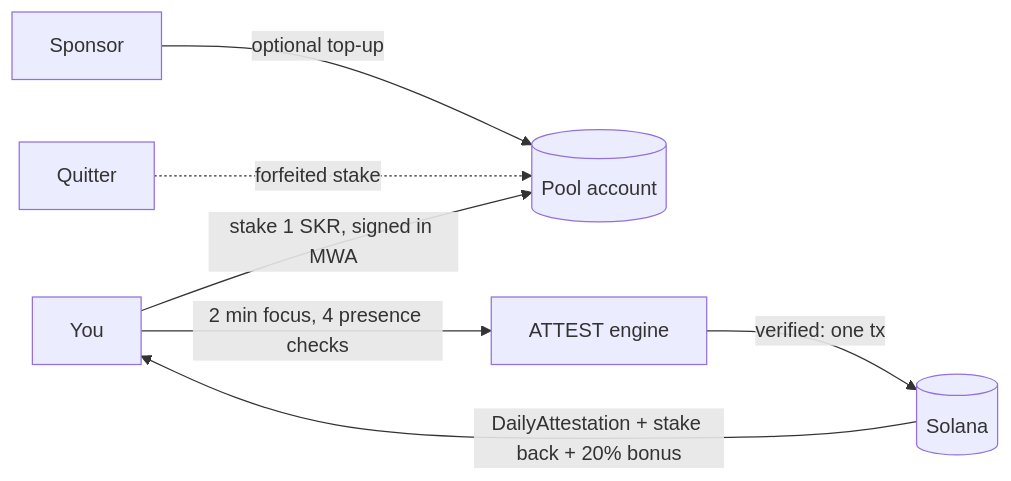
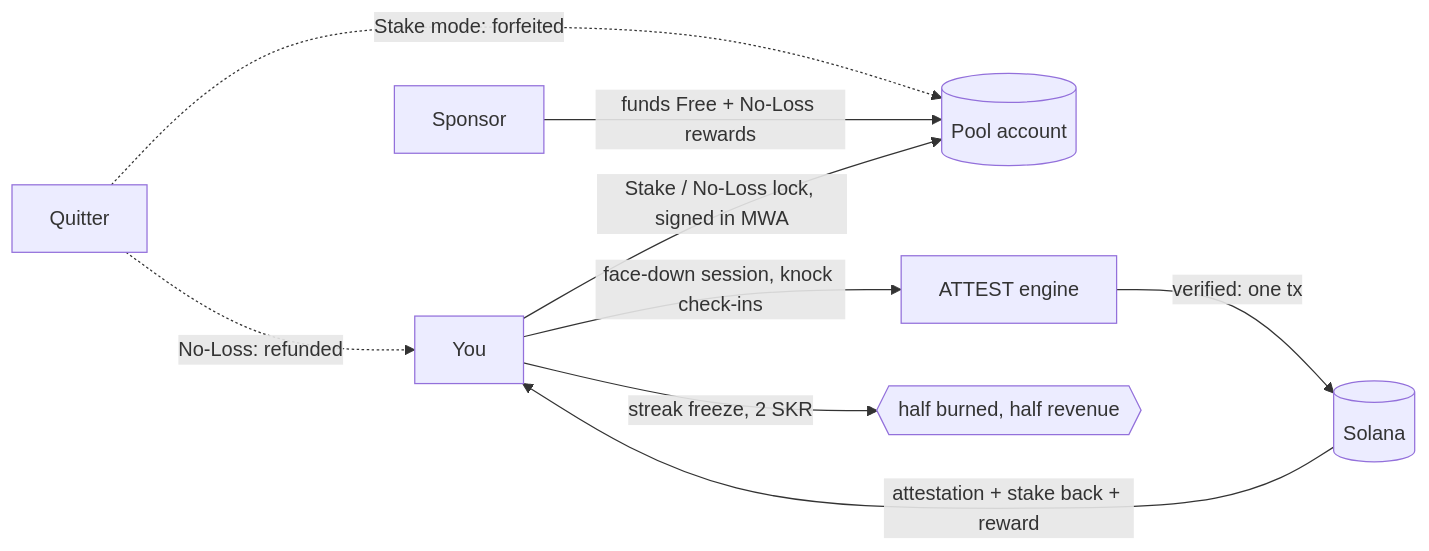
The diagram in README.md (Aaditya1273/FACEDOWN), drawn with Mermaid before and after one commit. The commit also changed other lines of this file and 10 other files, not shown here.

````diff
--- a/README.md
+++ b/README.md
@@ -79,9 +67,11 @@
 ```mermaid
 flowchart LR
-    U[You] -- stake 1 SKR, signed in MWA --> P[(Pool account)]
-    S[Sponsor] -- optional top-up --> P
-    U -- 2 min focus, 4 presence checks --> A[ATTEST engine]
+    U[You] -- Stake / No-Loss lock, signed in MWA --> P[(Pool account)]
+    S[Sponsor] -- funds Free + No-Loss rewards --> P
+    U -- face-down session, knock check-ins --> A[ATTEST engine]
     A -- verified: one tx --> C[(Solana)]
-    C -- DailyAttestation + stake back + 20% bonus --> U
-    Q[Quitter] -. forfeited stake .-> P
+    C -- attestation + stake back + reward --> U
+    Q[Quitter] -. Stake mode: forfeited .-> P
+    Q -. No-Loss: refunded .-> U
+    U -- streak freeze, 2 SKR --> F{{half burned, half revenue}}
 ```
````
